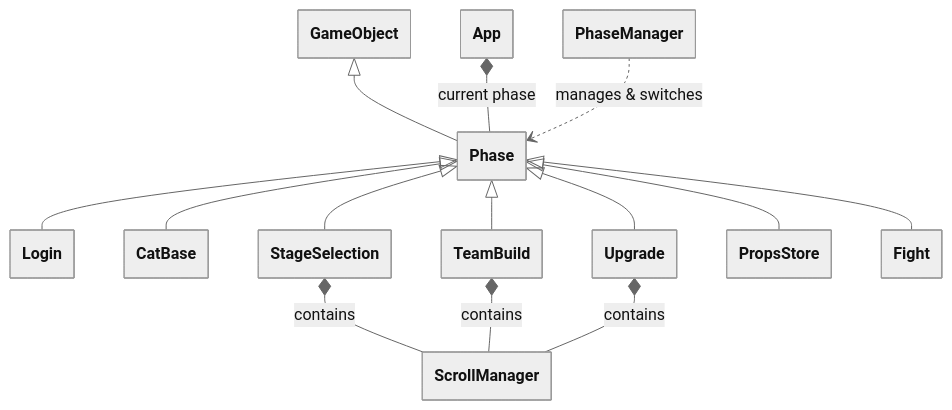
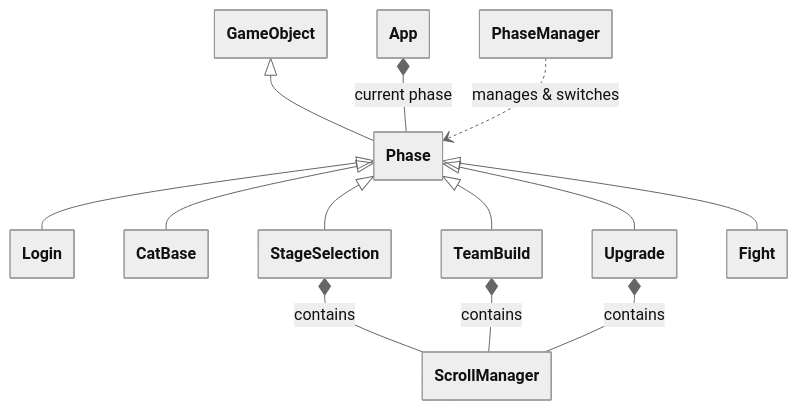
Before and after one commit to Kaze-Lin/the_battle_cats: the second of 3 diagrams in 2026OOPL_FinalReport.md, drawn with Mermaid (neutral theme). The commit also changed other lines of this file and 1 other file, not shown here.

````diff
--- a/2026OOPL_FinalReport.md
+++ b/2026OOPL_FinalReport.md
@@ -94,26 +105,25 @@
 ```mermaid
 %%{init: {"class": {"hideEmptyMembersBox": true}}}%%
 classDiagram
     %% Phase Management
     GameObject <|-- Phase
     
     Phase <|-- Login
     Phase <|-- CatBase
     Phase <|-- StageSelection
     Phase <|-- TeamBuild
     Phase <|-- Upgrade
-    Phase <|-- PropsStore
     Phase <|-- Fight
 
     class App
     class PhaseManager
     class ScrollManager
 
     %% Dependencies & Compositions
     App *-- Phase : current phase
     PhaseManager ..> Phase : manages & switches
     
     StageSelection *-- ScrollManager : contains
     TeamBuild *-- ScrollManager : contains
     Upgrade *-- ScrollManager : contains
 ```
````
